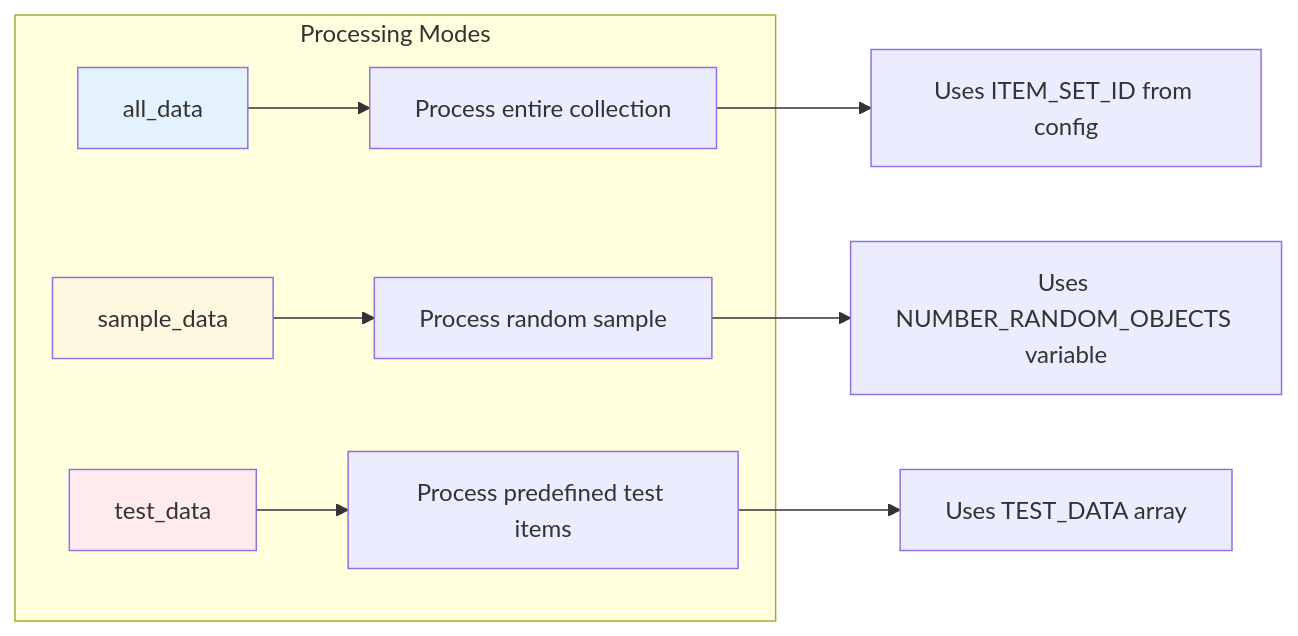
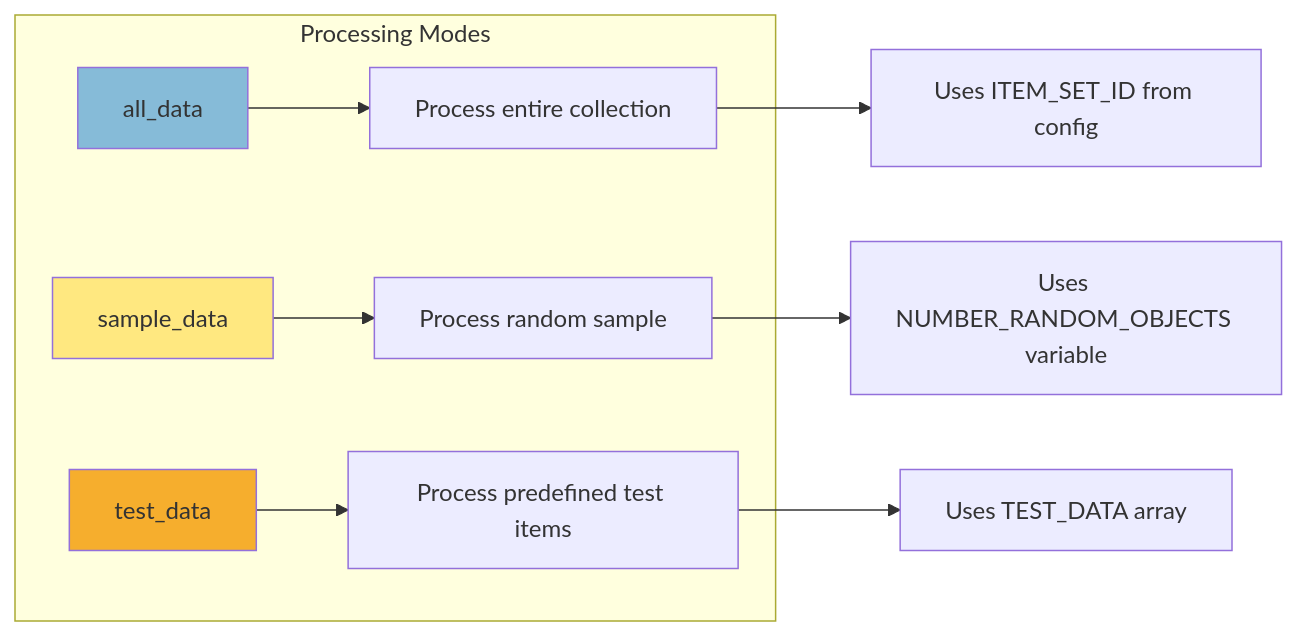
One commit to Stadt-Geschichte-Basel/omeka2dsp changed the third of 16 diagrams in docs/workflows/index.qmd. Above: the diagram before and after it, drawn with Mermaid. The commit also changed other lines of this file and 22 other files, not shown here.

````diff
--- a/docs/workflows/index.qmd
+++ b/docs/workflows/index.qmd
@@ -129,16 +129,16 @@
 ```{mermaid}
 graph LR
     subgraph "Processing Modes"
         A[all_data] --> A1[Process entire collection]
         B[sample_data] --> B1[Process random sample]
         C[test_data] --> C1[Process predefined test items]
     end
     
     A1 --> Config1[Uses ITEM_SET_ID from config]
     B1 --> Config2[Uses NUMBER_RANDOM_OBJECTS variable]
     C1 --> Config3[Uses TEST_DATA array]
     
-    style A fill:#e3f2fd
-    style B fill:#fff8e1
-    style C fill:#ffebee
+    style A fill:#86bbd8
+    style B fill:#ffe880
+    style C fill:#f6ae2d
 ```
````
